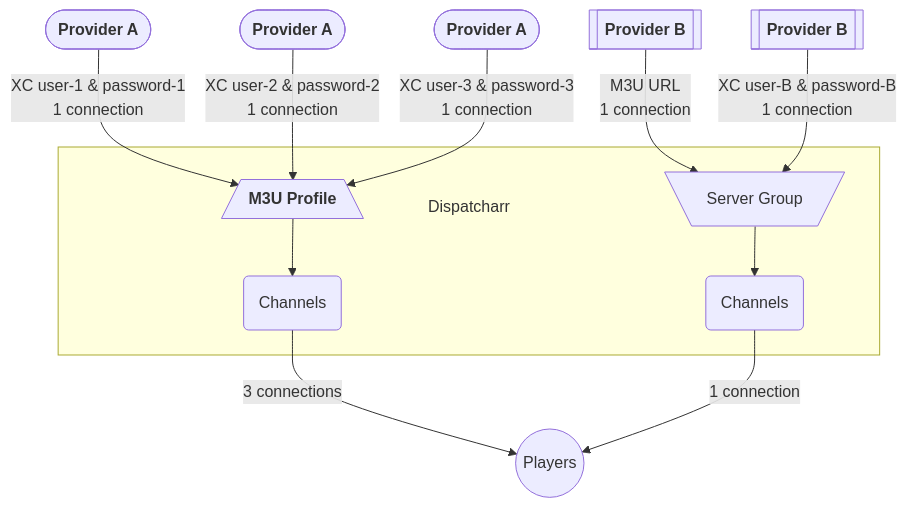
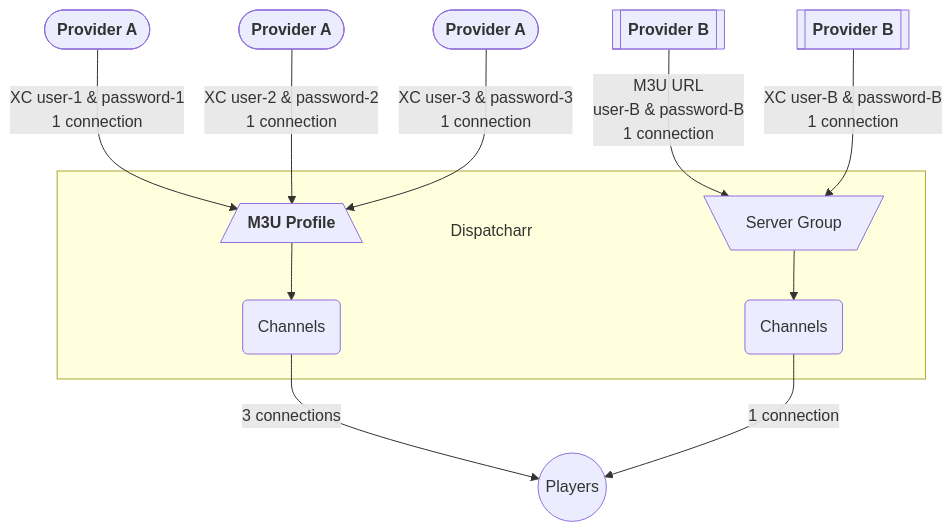
The diagram in docs/en/m3u-epg-manager.md (Dispatcharr/Dispatcharr-Docs), drawn with Mermaid before and after one commit.

````diff
--- a/docs/en/m3u-epg-manager.md
+++ b/docs/en/m3u-epg-manager.md
@@ -17,23 +17,24 @@
     ```mermaid
     flowchart TD
     PR1(["`**Provider A**`"]) -->|XC user-1 & password-1
-                                 1 connection| MP[/"`**M3U Profile**`"\]
+                                  1 connection| MP[/"`**M3U Profile**`"\]
     PR2(["`**Provider A**`"]) -->|XC user-2 & password-2
-                                 1 connection| MP
+                                  1 connection| MP
     PR3(["`**Provider A**`"]) -->|XC user-3 & password-3
-                                 1 connection| MP
+                                  1 connection| MP
     PRA[["`**Provider B**`"]] -->|M3U URL
-                                1 connection| SG[\Server Group/]
+                                  user-B & password-B
+                                  1 connection| SG[\Server Group/]
     PRA2[["`**Provider B**`"]] -->|XC user-B & password-B
                                  1 connection| SG
     subgraph D["<br/> <br/> Dispatcharr"]
       MP
       CH
       SG
       CH2
     end
     MP --> CH(Channels)
     CH -->|3 connections| PL((Players))
     SG --> CH2(Channels)
     CH2 -->|1 connection| PL
     ```
````
